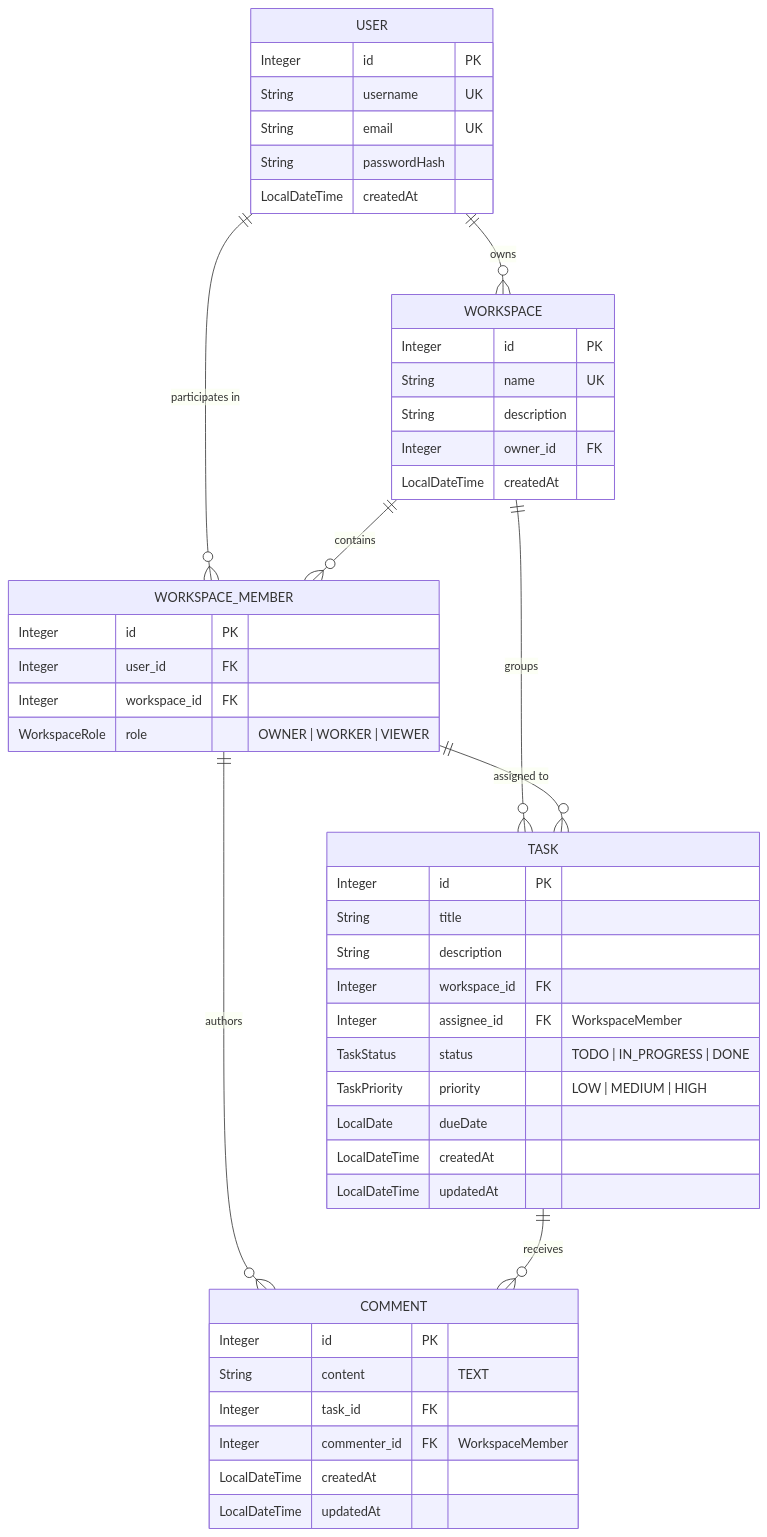
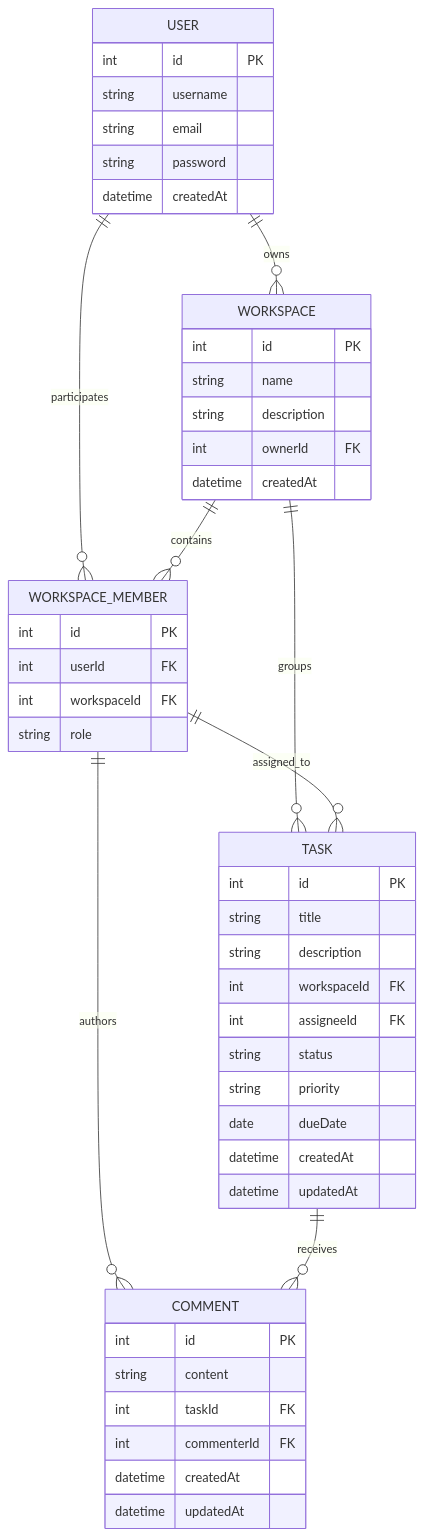
One commit to Naveendran33/Task_Collab changed the second of 2 diagrams in README.md. Above: the diagram before and after it, drawn with Mermaid. The commit also changed other lines of this file and 2 other files, not shown here.

Commit message:
chore: remove helper and scratch files, fix Mermaid diagrams in README
- Delete helper/ and Test_WebSocket/ folders
- Fix GitHub-compatible Mermaid syntax for Architecture Flowchart and Database ERD diagrams
- Update project structure and documentation in README.md

````diff
--- a/README.md
+++ b/README.md
@@ -93,55 +94,55 @@
 ```mermaid
 erDiagram
-    USER ||--o{ WORKSPACE : "owns"
-    USER ||--o{ WORKSPACE_MEMBER : "participates in"
-    WORKSPACE ||--o{ WORKSPACE_MEMBER : "contains"
-    WORKSPACE ||--o{ TASK : "groups"
-    WORKSPACE_MEMBER ||--o{ TASK : "assigned to"
-    WORKSPACE_MEMBER ||--o{ COMMENT : "authors"
-    TASK ||--o{ COMMENT : "receives"
+    USER ||--o{ WORKSPACE : owns
+    USER ||--o{ WORKSPACE_MEMBER : participates
+    WORKSPACE ||--o{ WORKSPACE_MEMBER : contains
+    WORKSPACE ||--o{ TASK : groups
+    WORKSPACE_MEMBER ||--o{ TASK : assigned_to
+    WORKSPACE_MEMBER ||--o{ COMMENT : authors
+    TASK ||--o{ COMMENT : receives
 
     USER {
-        Integer id PK
-        String username UK
-        String email UK
-        String passwordHash
-        LocalDateTime createdAt
+        int id PK
+        string username
+        string email
+        string password
+        datetime createdAt
     }
 
     WORKSPACE {
-        Integer id PK
-        String name UK
-        String description
-        Integer owner_id FK
-        LocalDateTime createdAt
+        int id PK
+        string name
+        string description
+        int ownerId FK
+        datetime createdAt
     }
 
     WORKSPACE_MEMBER {
-        Integer id PK
-        Integer user_id FK
-        Integer workspace_id FK
-        WorkspaceRole role "OWNER | WORKER | VIEWER"
+        int id PK
+        int userId FK
+        int workspaceId FK
+        string role
     }
 
     TASK {
-        Integer id PK
-        String title
-        String description
-        Integer workspace_id FK
-        Integer assignee_id FK "WorkspaceMember"
-        TaskStatus status "TODO | IN_PROGRESS | DONE"
-        TaskPriority priority "LOW | MEDIUM | HIGH"
-        LocalDate dueDate
-        LocalDateTime createdAt
-        LocalDateTime updatedAt
+        int id PK
+        string title
+        string description
+        int workspaceId FK
+        int assigneeId FK
+        string status
+        string priority
+        date dueDate
+        datetime createdAt
+        datetime updatedAt
     }
 
     COMMENT {
-        Integer id PK
-        String content "TEXT"
-        Integer task_id FK
-        Integer commenter_id FK "WorkspaceMember"
-        LocalDateTime createdAt
-        LocalDateTime updatedAt
+        int id PK
+        string content
+        int taskId FK
+        int commenterId FK
+        datetime createdAt
+        datetime updatedAt
     }
 ```
````
